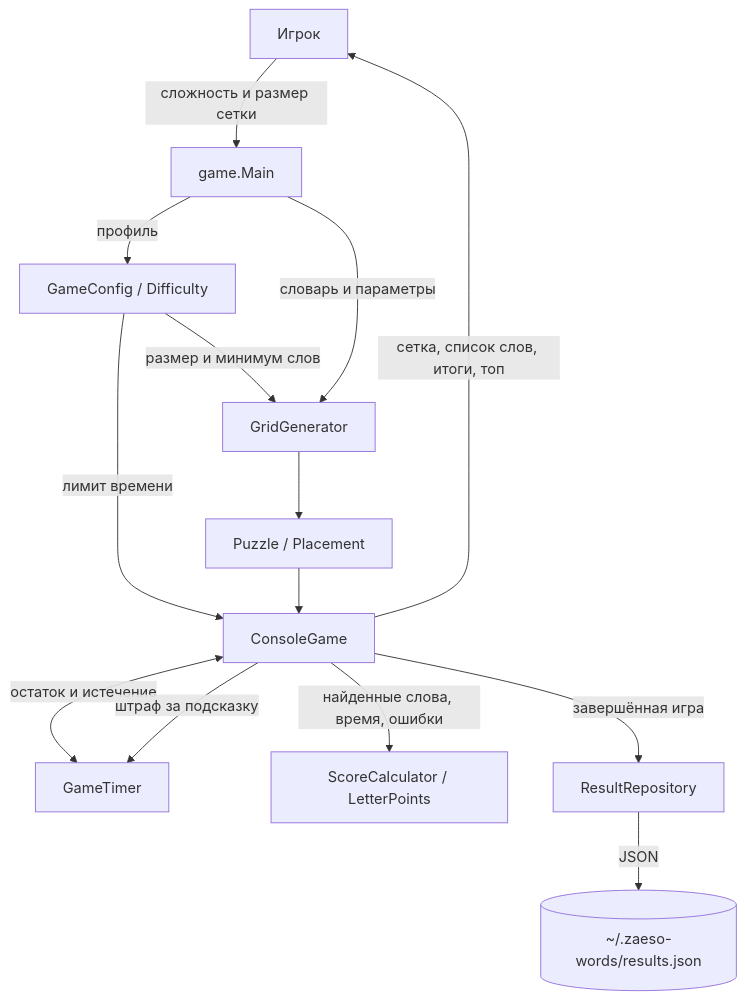
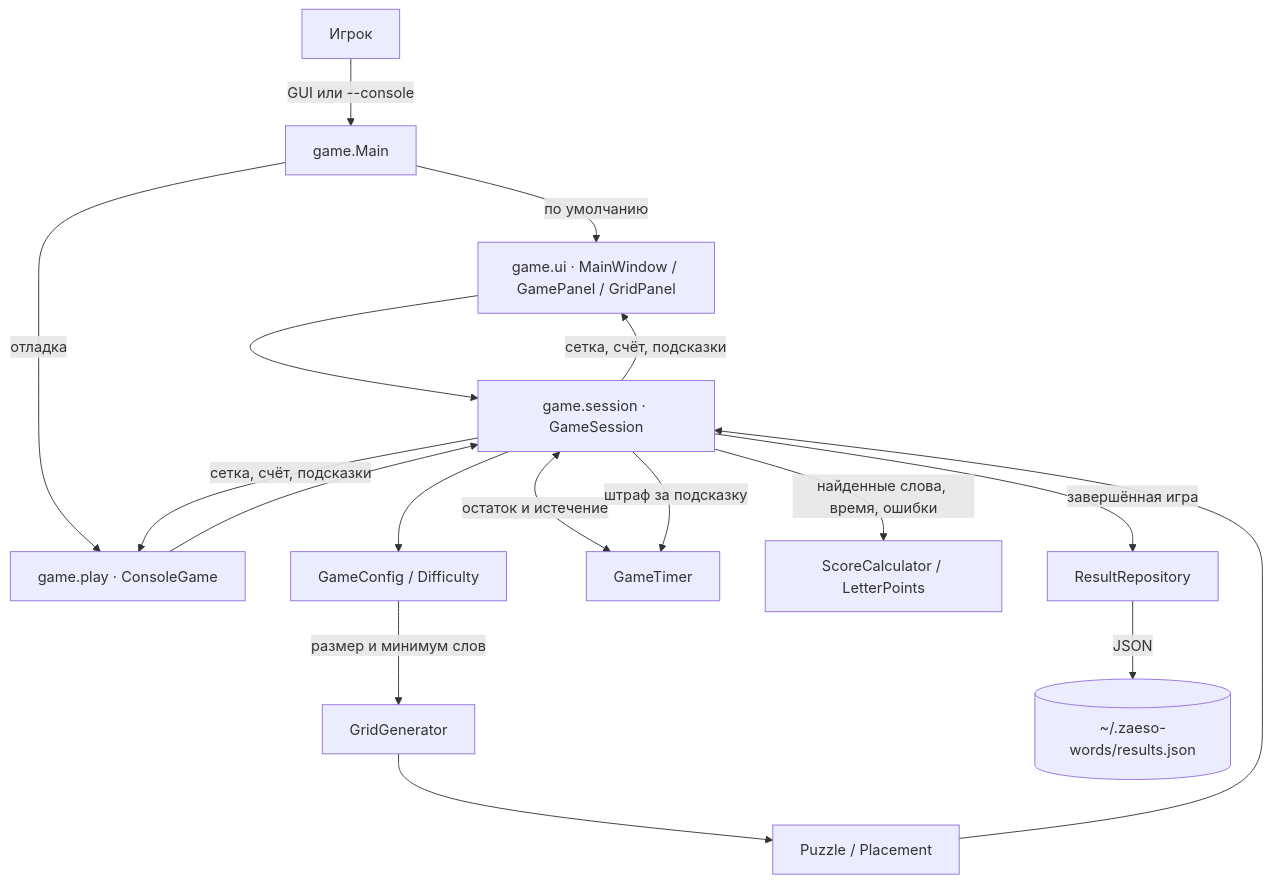
The first of 4 diagrams in zaeso-Words-Roadmap.md (zaeso/zaeso-Words), drawn with Mermaid before and after one commit. The commit also changed other lines of this file, not shown here.

Commit message:
Обновление дорожной карты: GUI и новые задачи

````diff
--- a/zaeso-Words-Roadmap.md
+++ b/zaeso-Words-Roadmap.md
@@ -118,16 +136,19 @@
 ```mermaid
 flowchart TB
-    U["Игрок"] -->|"сложность и размер сетки"| M["game.Main"]
-    M -->|"профиль"| CFG["GameConfig / Difficulty"]
+    U["Игрок"] -->|"GUI или --console"| M["game.Main"]
+    M -->|"по умолчанию"| UI["game.ui · MainWindow / GamePanel / GridPanel"]
+    M -->|"отладка"| C["game.play · ConsoleGame"]
+    UI --> S["game.session · GameSession"]
+    C --> S
+    S --> CFG["GameConfig / Difficulty"]
     CFG -->|"размер и минимум слов"| G["GridGenerator"]
-    CFG -->|"лимит времени"| C["ConsoleGame"]
-    M -->|"словарь и параметры"| G
     G --> P["Puzzle / Placement"]
-    P --> C
-    C <-->|"остаток и истечение"| T["GameTimer"]
-    C -->|"штраф за подсказку"| T
-    C -->|"найденные слова, время, ошибки"| SC["ScoreCalculator / LetterPoints"]
-    C -->|"завершённая игра"| R["ResultRepository"]
-    R -->|"JSON"| S[("~/.zaeso-words/results.json")]
-    C -->|"сетка, список слов, итоги, топ"| U
+    P --> S
+    S <-->|"остаток и истечение"| T["GameTimer"]
+    S -->|"штраф за подсказку"| T
+    S -->|"найденные слова, время, ошибки"| SC["ScoreCalculator / LetterPoints"]
+    S -->|"завершённая игра"| R["ResultRepository"]
+    R -->|"JSON"| STORE[("~/.zaeso-words/results.json")]
+    S -->|"сетка, счёт, подсказки"| UI
+    S -->|"сетка, счёт, подсказки"| C
 ```
````
